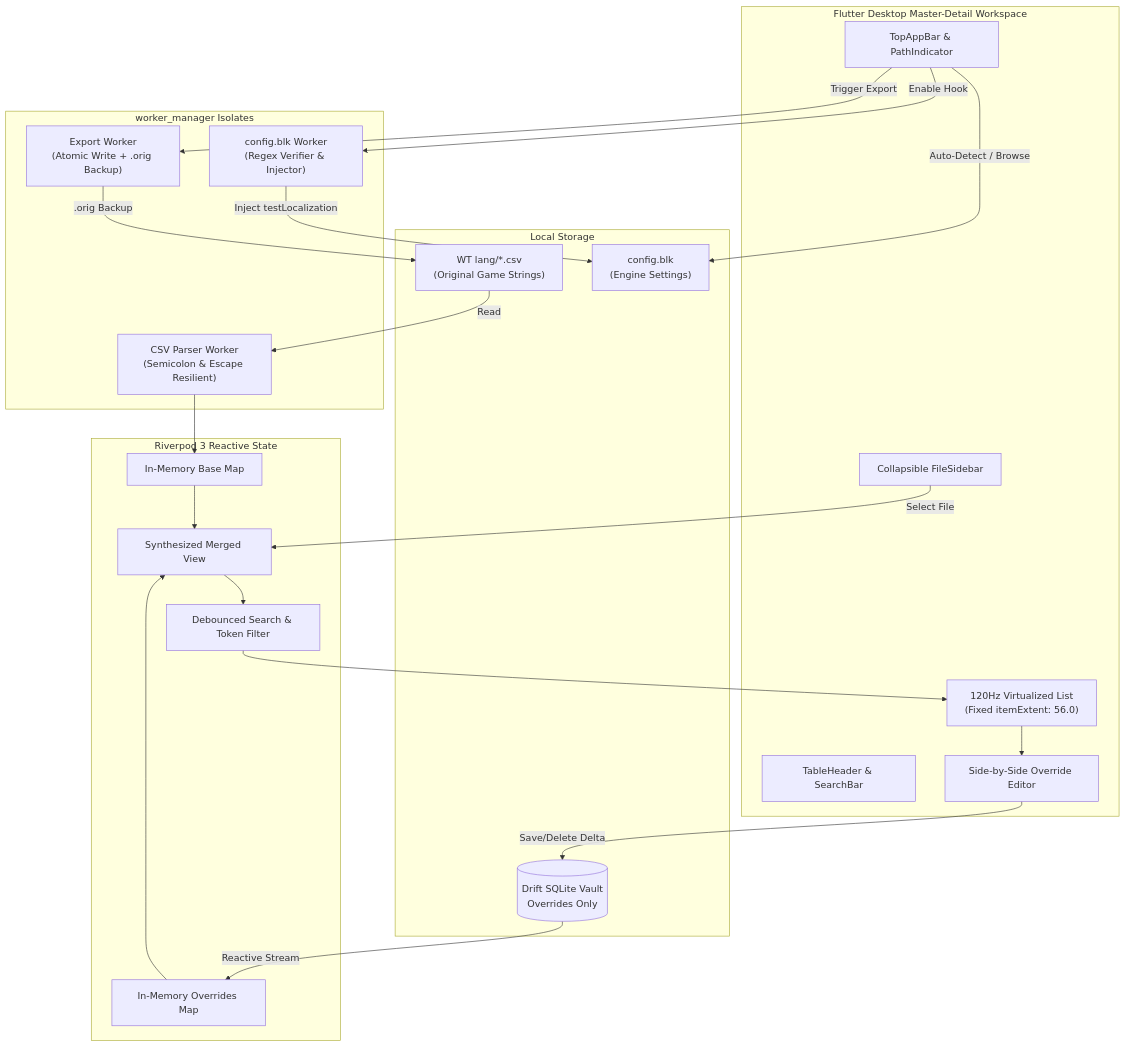
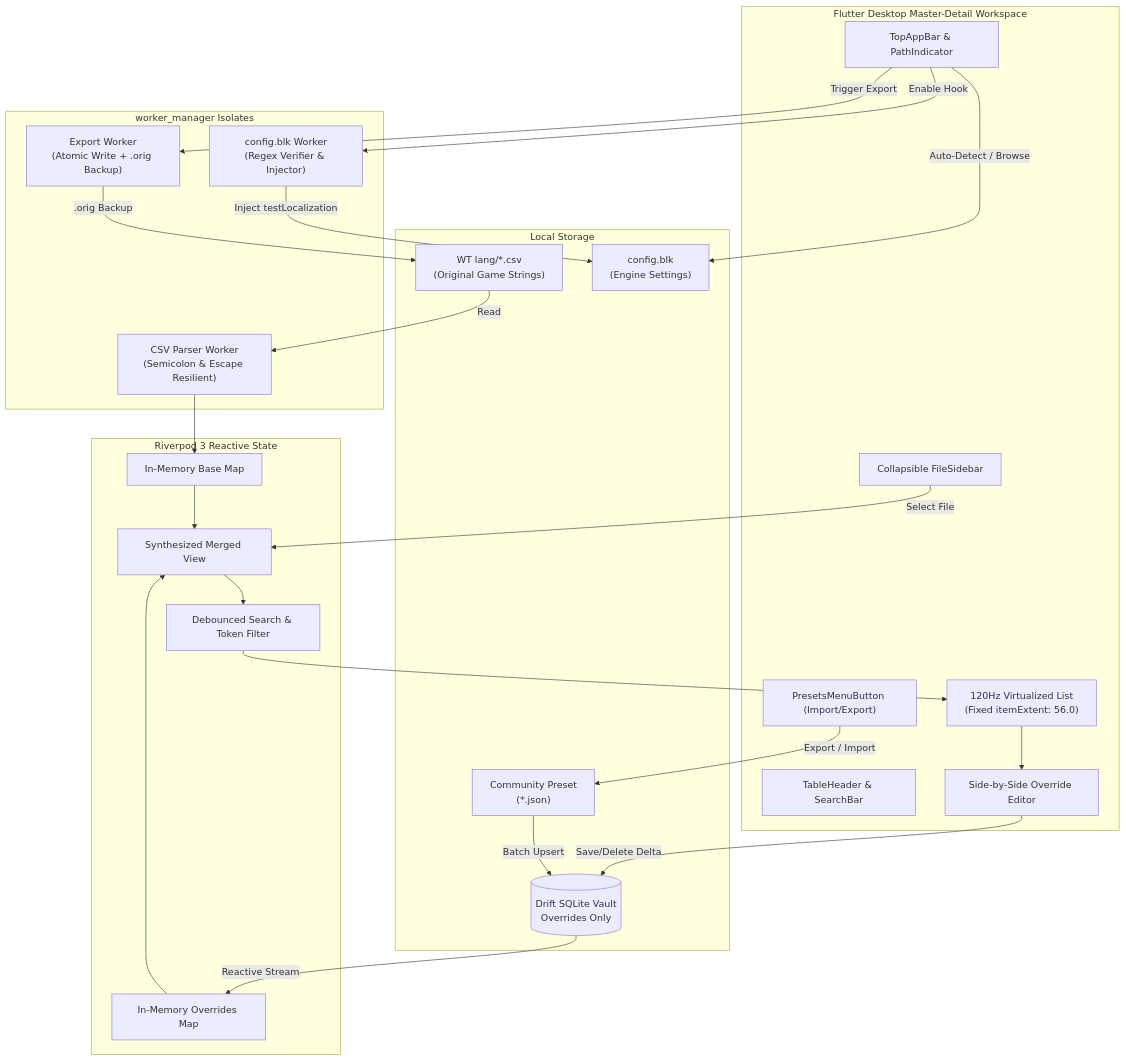
The diagram in README.md (Vonarian/gramercy), drawn with Mermaid before and after one commit. The commit also changed other lines of this file and 11 other files, not shown here.

Commit message:
feat(presets): add community preset sharing, BEAC safety dialog, and marketing guide

````diff
--- a/README.md
+++ b/README.md
@@ -44,45 +103,49 @@
 ```mermaid
 flowchart TD
     subgraph Disk [Local Storage]
         WTCSV["WT lang/*.csv\n(Original Game Strings)"]
         WTConfig["config.blk\n(Engine Settings)"]
         DB[(Drift SQLite Vault\nOverrides Only)]
+        PresetFile["Community Preset\n(*.json)"]
     end
 
     subgraph Background [worker_manager Isolates]
         ParserWorker["CSV Parser Worker\n(Semicolon & Escape Resilient)"]
         ExportWorker["Export Worker\n(Atomic Write + .orig Backup)"]
         HookWorker["config.blk Worker\n(Regex Verifier & Injector)"]
     end
 
     subgraph Memory [Riverpod 3 Reactive State]
         BaseMap["In-Memory Base Map"]
         OverrideMap["In-Memory Overrides Map"]
         Synth["Synthesized Merged View"]
         Filter["Debounced Search & Token Filter"]
     end
 
     subgraph UI [Flutter Desktop Master-Detail Workspace]
         TopBar["TopAppBar & PathIndicator"]
+        PresetBtn["PresetsMenuButton (Import/Export)"]
         Sidebar["Collapsible FileSidebar"]
         Header["TableHeader & SearchBar"]
         AppUI["120Hz Virtualized List\n(Fixed itemExtent: 56.0)"]
         EditModal["Side-by-Side Override Editor"]
     end
 
     WTCSV -->|Read| ParserWorker
     ParserWorker --> BaseMap
     DB -->|Reactive Stream| OverrideMap
     BaseMap --> Synth
     OverrideMap --> Synth
     Synth --> Filter
     Filter --> AppUI
     Sidebar -->|Select File| Synth
     TopBar -->|Auto-Detect / Browse| WTConfig
     TopBar -->|Trigger Export| ExportWorker
     AppUI --> EditModal
     EditModal -->|Save/Delete Delta| DB
     ExportWorker -->|.orig Backup| WTCSV
     TopBar -->|Enable Hook| HookWorker
     HookWorker -->|Inject testLocalization| WTConfig
+    PresetBtn -->|Export / Import| PresetFile
+    PresetFile -->|Batch Upsert| DB
 ```
````
